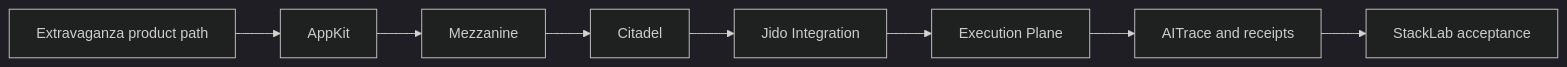
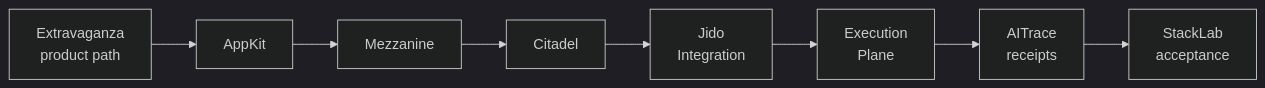
One commit to nshkrdotcom/stack_lab changed the second of 2 diagrams in README.md. Above: the diagram before and after it, drawn with Mermaid (dark theme). The commit also changed other lines of this file, not shown here.

Commit message:
docs: wrap README Mermaid labels

````diff
--- a/README.md
+++ b/README.md
@@ -91,10 +91,10 @@
 ```mermaid
 flowchart LR
-  Product["Extravaganza product path"] --> AppKit["AppKit"]
+  Product["Extravaganza<br/>product path"] --> AppKit["AppKit"]
   AppKit --> Mezzanine["Mezzanine"]
   Mezzanine --> Citadel["Citadel"]
-  Citadel --> Jido["Jido Integration"]
-  Jido --> Execution["Execution Plane"]
-  Execution --> Trace["AITrace and receipts"]
-  Trace --> StackLab["StackLab acceptance"]
+  Citadel --> Jido["Jido<br/>Integration"]
+  Jido --> Execution["Execution<br/>Plane"]
+  Execution --> Trace["AITrace<br/>receipts"]
+  Trace --> StackLab["StackLab<br/>acceptance"]
 ```
````
